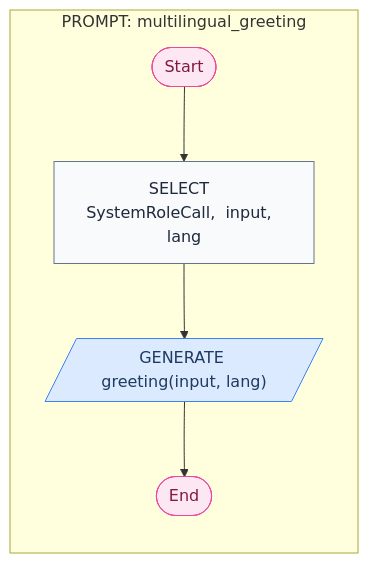
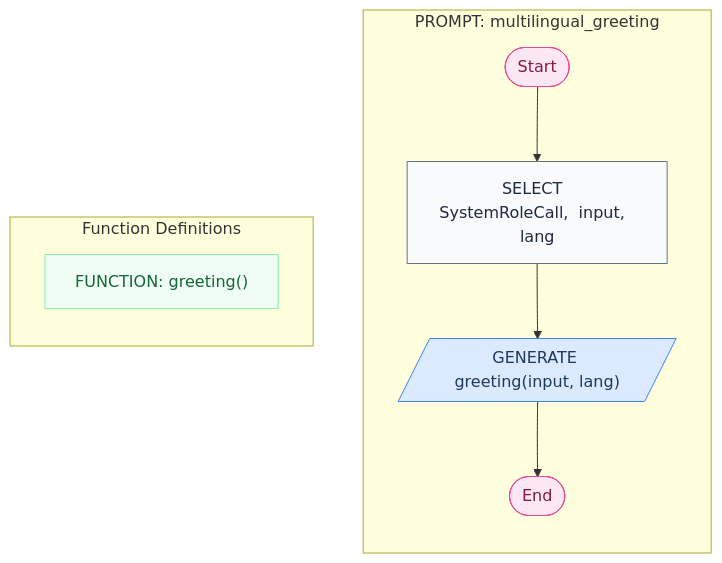
One commit to digital-duck/SPL.py changed the diagram in cookbook/03_multilingual/mermaid/multilingual.md. Above: the diagram before and after it, drawn with Mermaid. The commit also changed 334 other files, not shown here.

````diff
--- a/cookbook/03_multilingual/mermaid/multilingual.md
+++ b/cookbook/03_multilingual/mermaid/multilingual.md
@@ -7,21 +7,26 @@
 ```mermaid
 flowchart TD
     subgraph SG_multilingual_greeting["PROMPT: multilingual_greeting"]
     direction TB
     START1(["Start"])
     SEL2["SELECT  SystemRoleCall,  input,  lang"]
     START1 --> SEL2
     GEN3[/"GENERATE greeting(input, lang)"/]
     SEL2 --> GEN3
     END4(["End"])
     GEN3 --> END4
     end
+    subgraph FUNCTIONS["Function Definitions"]
+    direction TB
+    FN5["FUNCTION: greeting()"]
+    end
     class START1 term
     class SEL2 assign
     class GEN3 llm
     class END4 term
+    class FN5 fn
     classDef llm fill:#dbeafe,stroke:#3b82f6,color:#1e3a5f
     classDef term fill:#fce7f3,stroke:#ec4899,color:#831843
     classDef fn fill:#f0fdf4,stroke:#86efac,color:#166534
     classDef assign fill:#f8fafc,stroke:#64748b,color:#1e293b
 ```
````
